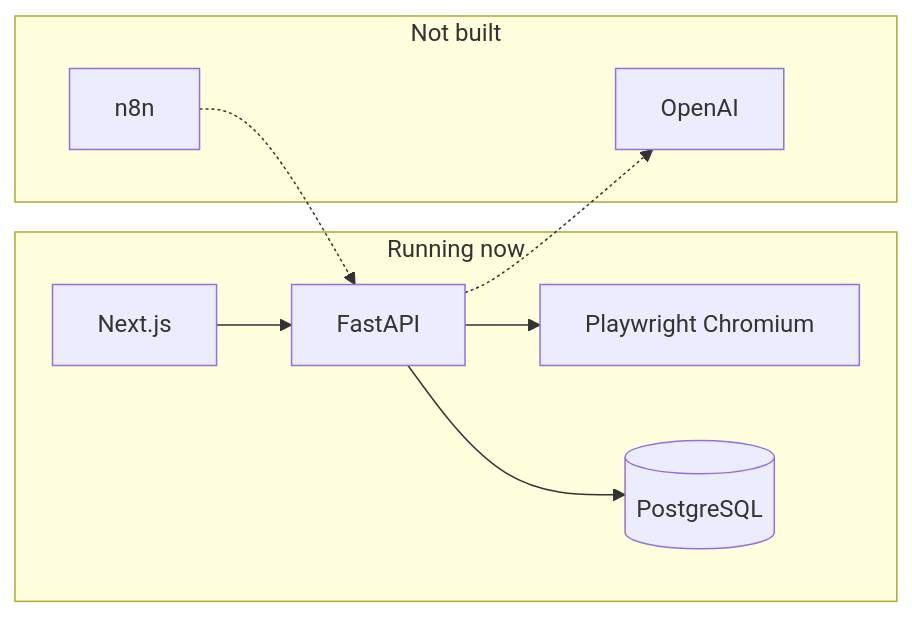
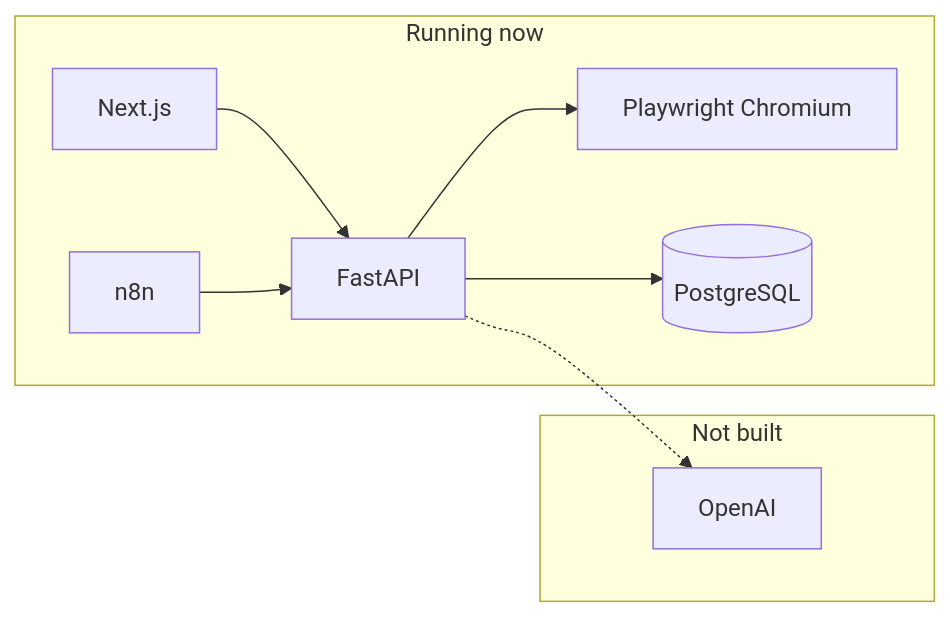
The second of 6 diagrams in docs/architecture/overview.md (onmyownpace/sentinel), drawn with Mermaid before and after one commit. The commit also changed other lines of this file and 8 other files, not shown here.

````diff
--- a/docs/architecture/overview.md
+++ b/docs/architecture/overview.md
@@ -109,20 +117,20 @@
 ```mermaid
 flowchart LR
   subgraph milestone [Running now]
     web[Next.js]
     api[FastAPI]
     chromium[Playwright Chromium]
+    n8n[n8n]
     db[(PostgreSQL)]
   end
 
   subgraph later [Not built]
     openai[OpenAI]
-    n8n[n8n]
   end
 
   web --> api
   api --> db
   api --> chromium
+  n8n --> api
   api -.-> openai
-  n8n -.-> api
 ```
````
